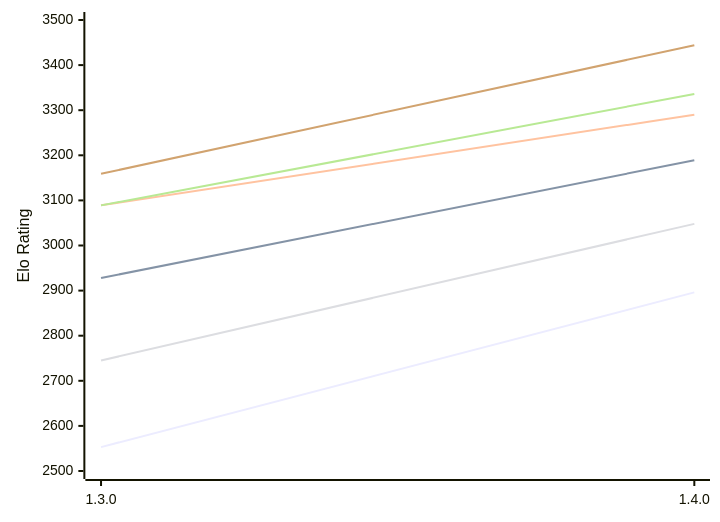
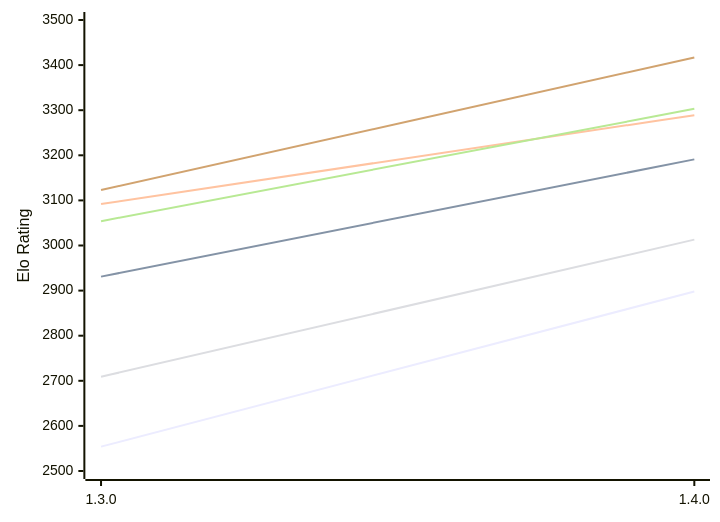
Before and after one commit to computer-chess-index/cci: the first of 2 diagrams in engines/Ember.md, drawn with Mermaid. The commit also changed other lines of this file, not shown here.

Commit message:
Update CCI Ratings (ELO VLTC) - 2026-10-23

````diff
--- a/engines/Ember.md
+++ b/engines/Ember.md
@@ -51,12 +51,12 @@
 ```mermaid
 %%{init: {"theme":"base","themeVariables":{"seriesColors:['#a3a3a3','#222221','#faa371']}}}%%
 xychart-beta
   x-axis ["1.3.0", "1.4.0"]
   y-axis "Elo Rating" 2500 --> 3500
-  line "E1: STC (8.0+0.08s)" [2553, 2896]
-  line "E1: LTC (60.0+0.60s)" [2928, 3189]
-  line "E1: VLTC (2m24s+1.12s)" [3089, 3290]
-  line "P1: STC (8.0+0.08s)" [2745, 3048]
-  line "P1: LTC (60.0+0.60s)" [3089, 3336]
-  line "P1: VLTC (2m24s+1.12s)" [3159, 3444]
+  line "E1: STC (8.0+0.08s)" [2554, 2898]
+  line "E1: LTC (60.0+0.60s)" [2931, 3191]
+  line "E1: VLTC (2m24s+1.12s)" [3092, 3289]
+  line "P1: STC (8.0+0.08s)" [2709, 3013]
+  line "P1: LTC (60.0+0.60s)" [3054, 3303]
+  line "P1: VLTC (2m24s+1.12s)" [3123, 3417]
 ```
````
